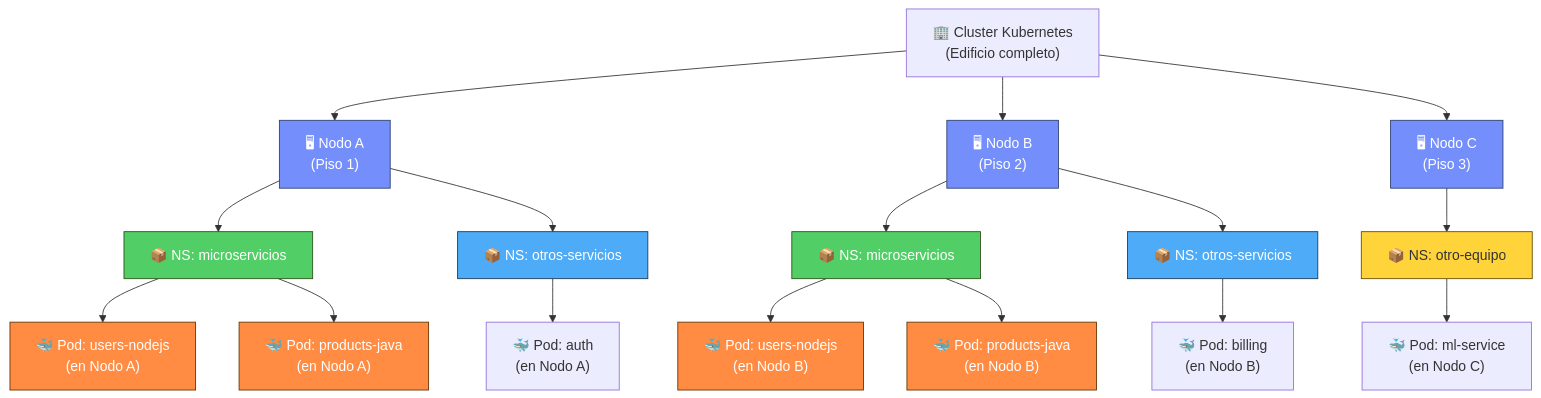
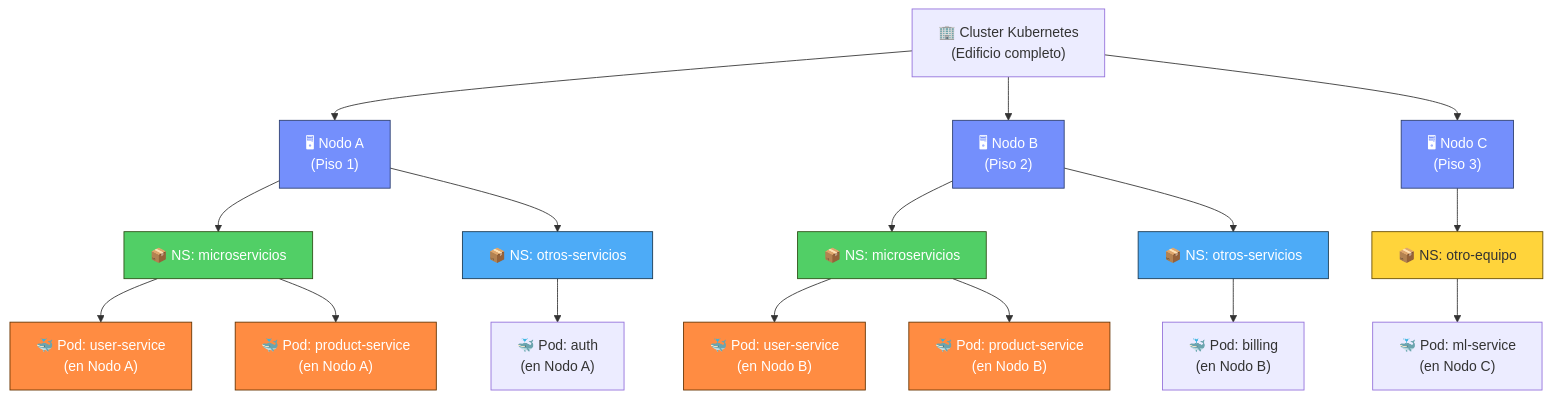
Before and after one commit to docentedev/IaC-example: the eighth of 20 diagrams in README.md, drawn with Mermaid. The commit also changed other lines of this file and 60 other files, not shown here.

````diff
--- a/README.md
+++ b/README.md
@@ -836,40 +839,40 @@
 ```mermaid
 graph TD
     CLUSTER["🏢 Cluster Kubernetes<br/>(Edificio completo)"]
     
     CLUSTER --> NODO_A["🖥 Nodo A<br/>(Piso 1)"]
     CLUSTER --> NODO_B["🖥 Nodo B<br/>(Piso 2)"]
     CLUSTER --> NODO_C["🖥 Nodo C<br/>(Piso 3)"]
     
     NODO_A --> NS_A1["📦 NS: microservicios"]
     NODO_A --> NS_A2["📦 NS: otros-servicios"]
     
     NODO_B --> NS_B1["📦 NS: microservicios"]
     NODO_B --> NS_B2["📦 NS: otros-servicios"]
     
     NODO_C --> NS_C1["📦 NS: otro-equipo"]
     
-    NS_A1 --> POD_A1["🐳 Pod: users-nodejs<br/>(en Nodo A)"]
-    NS_A1 --> POD_A2["🐳 Pod: products-java<br/>(en Nodo A)"]
+    NS_A1 --> POD_A1["🐳 Pod: user-service<br/>(en Nodo A)"]
+    NS_A1 --> POD_A2["🐳 Pod: product-service<br/>(en Nodo A)"]
     
-    NS_B1 --> POD_B1["🐳 Pod: users-nodejs<br/>(en Nodo B)"]
-    NS_B1 --> POD_B2["🐳 Pod: products-java<br/>(en Nodo B)"]
+    NS_B1 --> POD_B1["🐳 Pod: user-service<br/>(en Nodo B)"]
+    NS_B1 --> POD_B2["🐳 Pod: product-service<br/>(en Nodo B)"]
     
     NS_A2 --> POD_A3["🐳 Pod: auth<br/>(en Nodo A)"]
     
     NS_B2 --> POD_B3["🐳 Pod: billing<br/>(en Nodo B)"]
     
     NS_C1 --> POD_C1["🐳 Pod: ml-service<br/>(en Nodo C)"]
     
     classDef nsA fill:#51cf66,stroke:#2d5016,color:#fff
     classDef nsB fill:#4dabf7,stroke:#1a3a52,color:#fff
     classDef nsC fill:#ffd43b,stroke:#664c00,color:#333
     classDef nodeStyle fill:#748ffc,stroke:#2d3f70,color:#fff
     classDef podStyle fill:#ff8c42,stroke:#663300,color:#fff
     
     class NS_A1,NS_B1 nsA
     class NS_A2,NS_B2 nsB
     class NS_C1 nsC
     class NODO_A,NODO_B,NODO_C nodeStyle
     class POD_A1,POD_A2,POD_B1,POD_B2 podStyle
 ```
````
